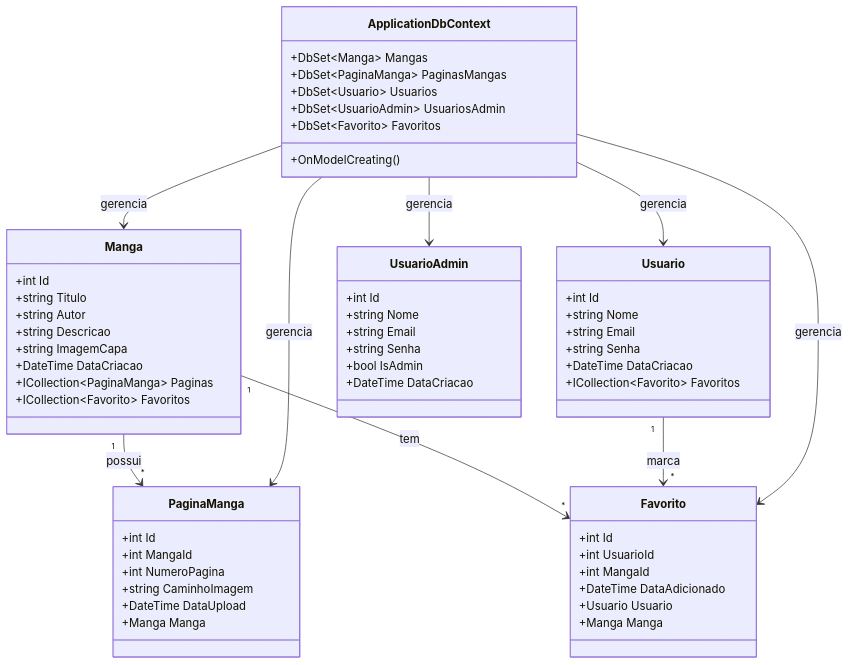
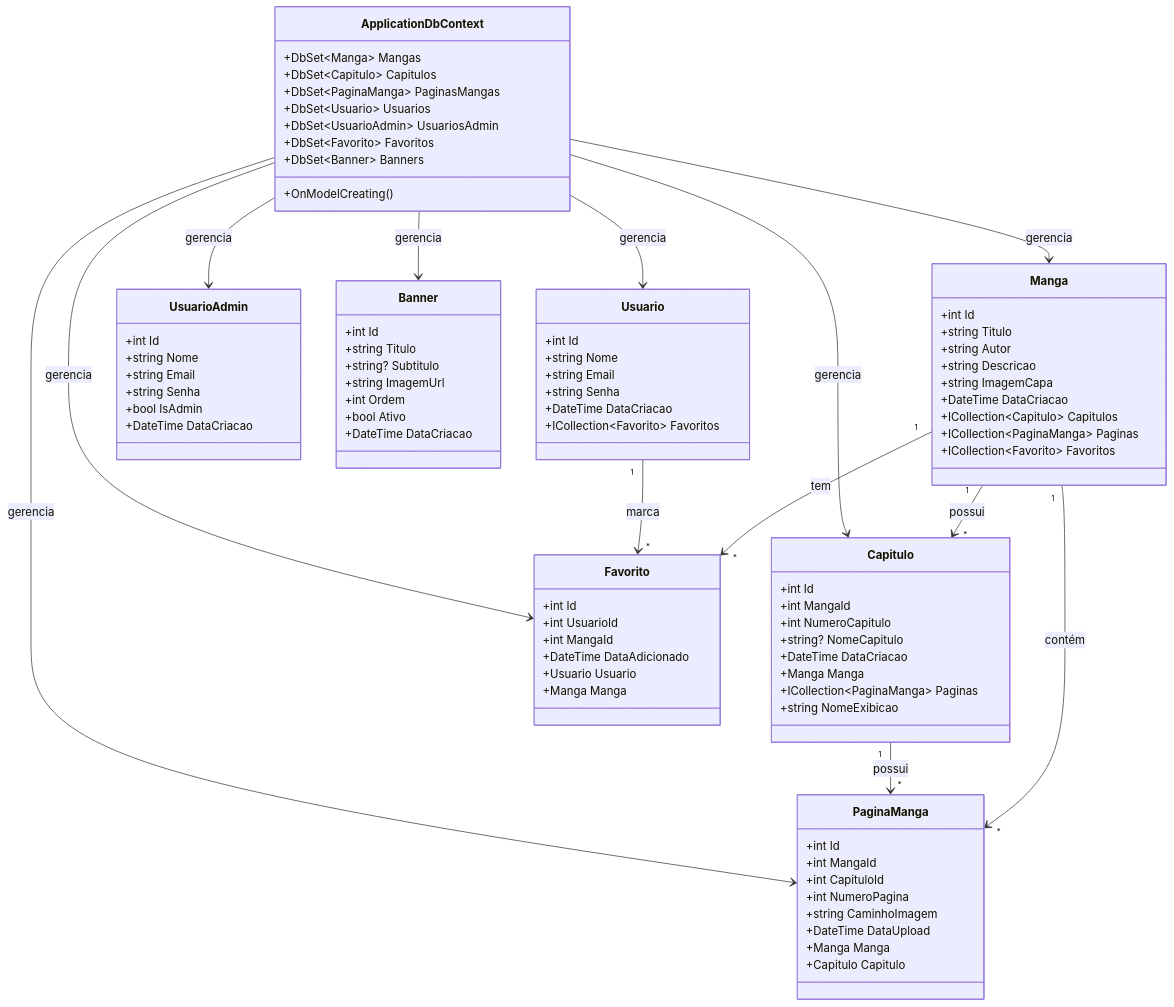
Before and after one commit to Pedroltz/AnyComic-FDevs: the diagram in Diagramas/DiagramaClasses.md, drawn with Mermaid. The commit also changed other lines of this file and 187 other files, not shown here.

````diff
--- a/Diagramas/DiagramaClasses.md
+++ b/Diagramas/DiagramaClasses.md
@@ -11,17 +11,31 @@
         +string Descricao
         +string ImagemCapa
         +DateTime DataCriacao
+        +ICollection~Capitulo~ Capitulos
         +ICollection~PaginaManga~ Paginas
         +ICollection~Favorito~ Favoritos
+    }
+
+    class Capitulo {
+        +int Id
+        +int MangaId
+        +int NumeroCapitulo
+        +string? NomeCapitulo
+        +DateTime DataCriacao
+        +Manga Manga
+        +ICollection~PaginaManga~ Paginas
+        +string NomeExibicao
     }
 
     class PaginaManga {
         +int Id
         +int MangaId
+        +int CapituloId
         +int NumeroPagina
         +string CaminhoImagem
         +DateTime DataUpload
         +Manga Manga
+        +Capitulo Capitulo
     }
 
     class Usuario {
@@ -51,22 +65,38 @@
         +Manga Manga
     }
 
+    class Banner {
+        +int Id
+        +string Titulo
+        +string? Subtitulo
+        +string ImagemUrl
+        +int Ordem
+        +bool Ativo
+        +DateTime DataCriacao
+    }
+
     class ApplicationDbContext {
         +DbSet~Manga~ Mangas
+        +DbSet~Capitulo~ Capitulos
         +DbSet~PaginaManga~ PaginasMangas
         +DbSet~Usuario~ Usuarios
         +DbSet~UsuarioAdmin~ UsuariosAdmin
         +DbSet~Favorito~ Favoritos
+        +DbSet~Banner~ Banners
         +OnModelCreating()
     }
 
     %% Relacionamentos
-    Manga "1" --> "*" PaginaManga : possui
+    Manga "1" --> "*" Capitulo : possui
+    Manga "1" --> "*" PaginaManga : contém
     Manga "1" --> "*" Favorito : tem
+    Capitulo "1" --> "*" PaginaManga : possui
     Usuario "1" --> "*" Favorito : marca
     ApplicationDbContext --> Manga : gerencia
+    ApplicationDbContext --> Capitulo : gerencia
     ApplicationDbContext --> PaginaManga : gerencia
     ApplicationDbContext --> Usuario : gerencia
     ApplicationDbContext --> UsuarioAdmin : gerencia
     ApplicationDbContext --> Favorito : gerencia
+    ApplicationDbContext --> Banner : gerencia
 ```
````
